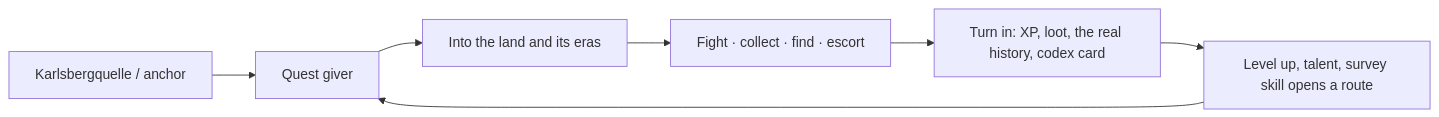
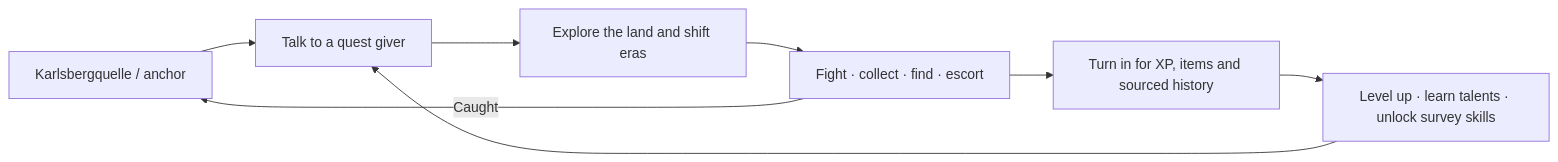
One commit to schloss-karlsberg/karlsberg-quest changed the first of 2 diagrams in docs/PRD.md. Above: the diagram before and after it, drawn with Mermaid. The commit also changed other lines of this file and 54 other files, not shown here.

````diff
--- a/docs/PRD.md
+++ b/docs/PRD.md
@@ -145,9 +149,10 @@
 ```mermaid
 flowchart LR
-    H[Karlsbergquelle / anchor] --> G[Quest giver]
-    G --> X[Into the land and its eras]
+    H[Karlsbergquelle / anchor] --> G[Talk to a quest giver]
+    G --> X[Explore the land and shift eras]
     X --> F[Fight · collect · find · escort]
-    F --> T[Turn in: XP, loot, the real history, codex card]
-    T --> L[Level up, talent, survey skill opens a route]
+    F --> T[Turn in for XP, items and sourced history]
+    T --> L[Level up · learn talents · unlock survey skills]
     L --> G
+    F -->|Caught| H
 ```
````
